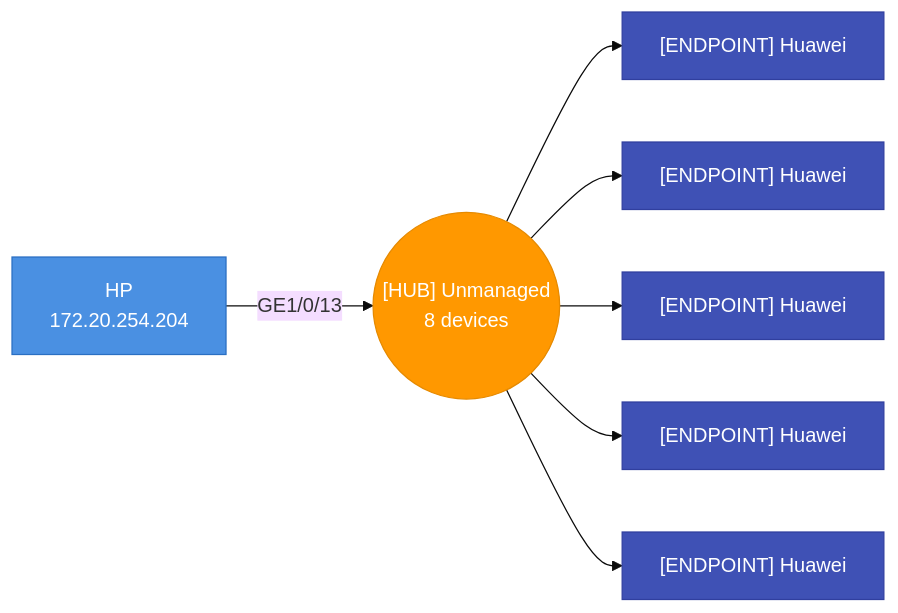
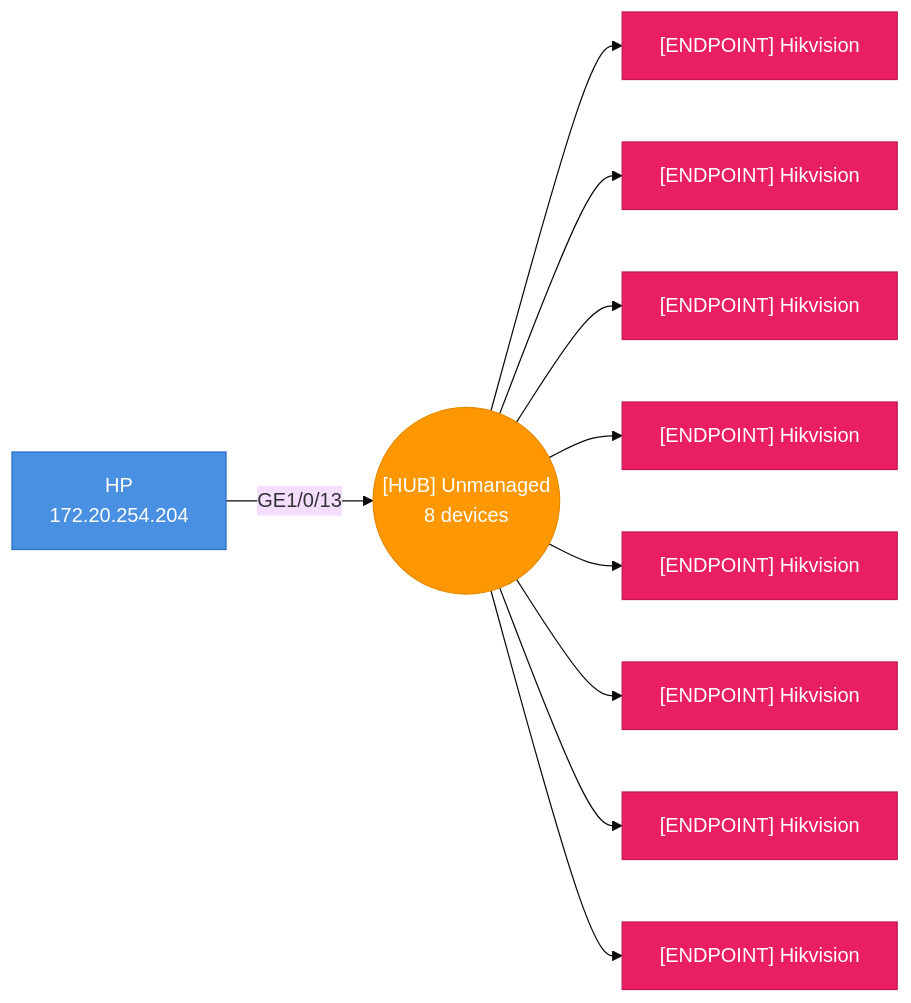
Diagram 15 of 51 in testdata/golden/report_esxi_sections.md (djamic/LLDP-Skanner-Go), drawn with Mermaid (base theme) before and after one commit. The commit also changed other lines of this file and 16 other files, not shown here.

````diff
--- a/testdata/golden/report_esxi_sections.md
+++ b/testdata/golden/report_esxi_sections.md
@@ -355,23 +394,32 @@
 ```mermaid
 graph LR
   hub_78485972ecee_p13(("[HUB] Unmanaged<br>8 devices"))
   78485972ecee["HP<br>172.20.254.204"]
   78485972ecee-- "GE1/0/13" -->hub_78485972ecee_p13
   style 78485972ecee fill:#4A90E2,stroke:#2A6FC2,color:#fff
-  bc9b5e37bf26["[ENDPOINT] Huawei"]
+  bc9b5e37bf26["[ENDPOINT] Hikvision"]
   hub_78485972ecee_p13-->bc9b5e37bf26
-  style bc9b5e37bf26 fill:#3F51B5,stroke:#303F9F,color:#fff
-  bc9b5e37bf2b["[ENDPOINT] Huawei"]
+  style bc9b5e37bf26 fill:#E91E63,stroke:#C2185B,color:#fff
+  bc9b5e37bf2b["[ENDPOINT] Hikvision"]
   hub_78485972ecee_p13-->bc9b5e37bf2b
-  style bc9b5e37bf2b fill:#3F51B5,stroke:#303F9F,color:#fff
-  bc9b5e37bf2f["[ENDPOINT] Huawei"]
+  style bc9b5e37bf2b fill:#E91E63,stroke:#C2185B,color:#fff
+  bc9b5e37bf2f["[ENDPOINT] Hikvision"]
   hub_78485972ecee_p13-->bc9b5e37bf2f
-  style bc9b5e37bf2f fill:#3F51B5,stroke:#303F9F,color:#fff
-  bc9b5e37bf30["[ENDPOINT] Huawei"]
+  style bc9b5e37bf2f fill:#E91E63,stroke:#C2185B,color:#fff
+  bc9b5e37bf30["[ENDPOINT] Hikvision"]
   hub_78485972ecee_p13-->bc9b5e37bf30
-  style bc9b5e37bf30 fill:#3F51B5,stroke:#303F9F,color:#fff
-  bc9b5e37bf43["[ENDPOINT] Huawei"]
+  style bc9b5e37bf30 fill:#E91E63,stroke:#C2185B,color:#fff
+  bc9b5e37bf43["[ENDPOINT] Hikvision"]
   hub_78485972ecee_p13-->bc9b5e37bf43
-  style bc9b5e37bf43 fill:#3F51B5,stroke:#303F9F,color:#fff
+  style bc9b5e37bf43 fill:#E91E63,stroke:#C2185B,color:#fff
+  bc9b5e37bf53["[ENDPOINT] Hikvision"]
+  hub_78485972ecee_p13-->bc9b5e37bf53
+  style bc9b5e37bf53 fill:#E91E63,stroke:#C2185B,color:#fff
+  bc9b5e37bf57["[ENDPOINT] Hikvision"]
+  hub_78485972ecee_p13-->bc9b5e37bf57
+  style bc9b5e37bf57 fill:#E91E63,stroke:#C2185B,color:#fff
+  bc9b5e37bf58["[ENDPOINT] Hikvision"]
+  hub_78485972ecee_p13-->bc9b5e37bf58
+  style bc9b5e37bf58 fill:#E91E63,stroke:#C2185B,color:#fff
   style hub_78485972ecee_p13 fill:#FF9800,stroke:#E68A00,color:#fff
 ```
````
